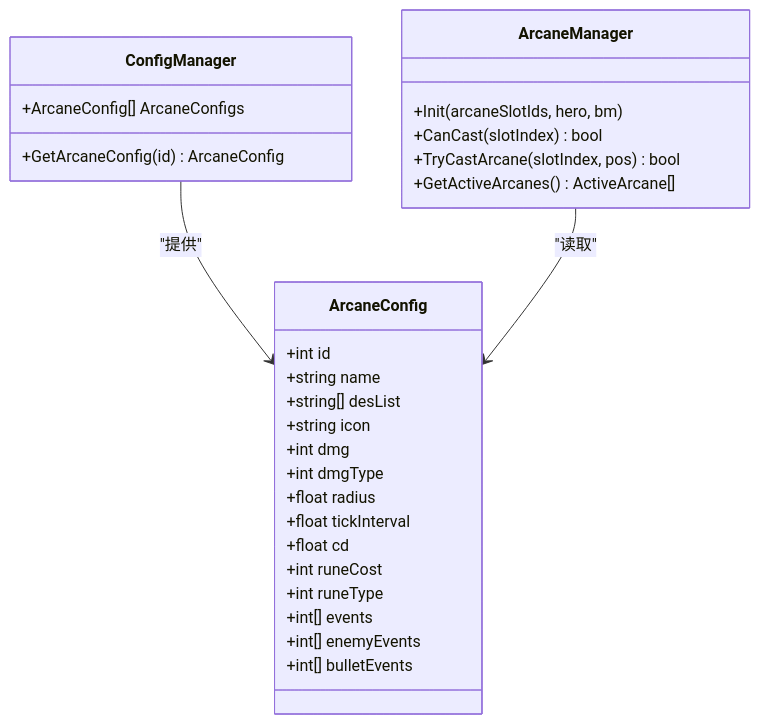
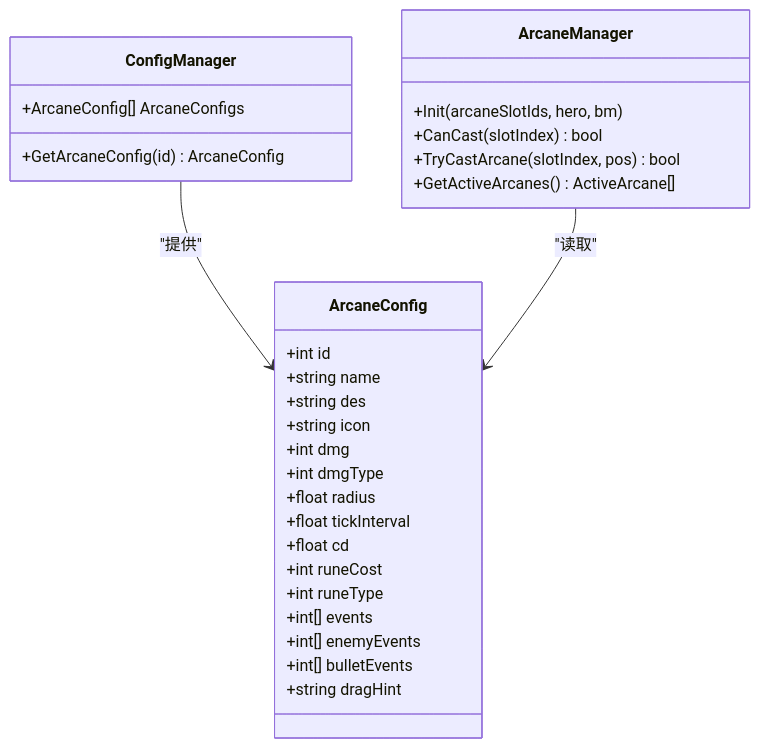
The sixth of 8 diagrams in .qoder/repowiki/zh/content/奥术系统/奥术系统.md (Tuusen/p1_client), drawn with Mermaid before and after one commit. The commit also changed other lines of this file and 25 other files, not shown here.

````diff
--- a/.qoder/repowiki/zh/content/奥术系统/奥术系统.md
+++ b/.qoder/repowiki/zh/content/奥术系统/奥术系统.md
@@ -220,31 +299,32 @@
 ```mermaid
 classDiagram
 class ArcaneConfig {
 +int id
 +string name
-+string[] desList
++string des
 +string icon
 +int dmg
 +int dmgType
 +float radius
 +float tickInterval
 +float cd
 +int runeCost
 +int runeType
 +int[] events
 +int[] enemyEvents
 +int[] bulletEvents
++string dragHint
 }
 class ConfigManager {
 +ArcaneConfig[] ArcaneConfigs
 +GetArcaneConfig(id) ArcaneConfig
 }
 class ArcaneManager {
 +Init(arcaneSlotIds, hero, bm)
 +CanCast(slotIndex) bool
 +TryCastArcane(slotIndex, pos) bool
 +GetActiveArcanes() ActiveArcane[]
 }
 ConfigManager --> ArcaneConfig : "提供"
 ArcaneManager --> ArcaneConfig : "读取"
 ```
````
